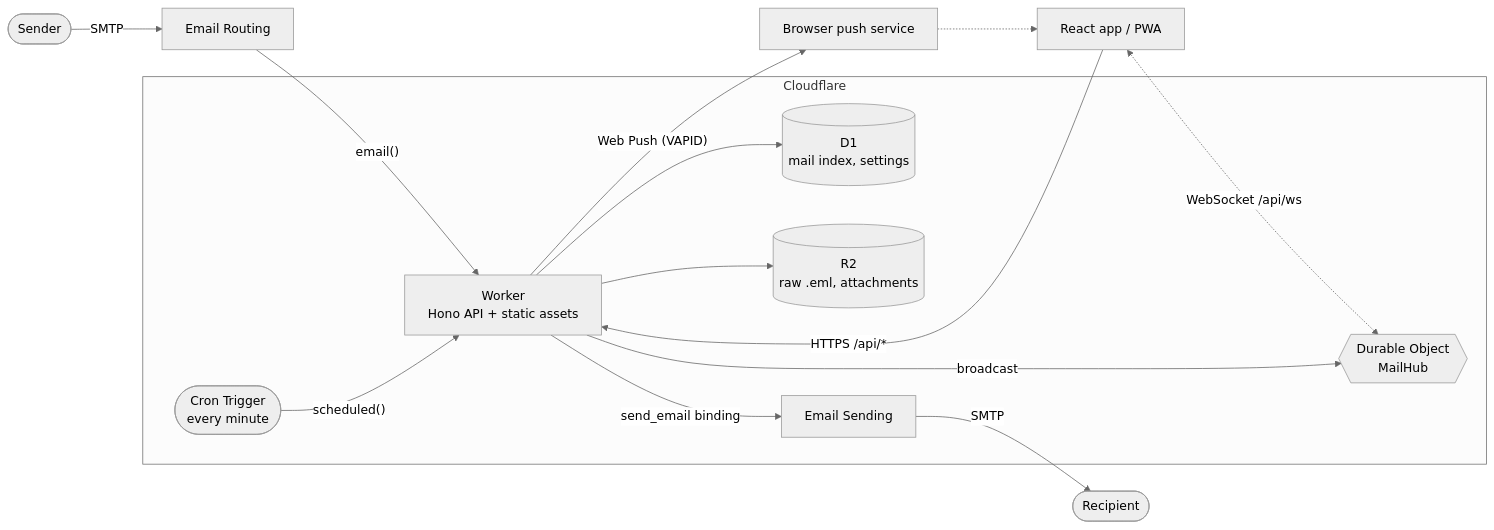
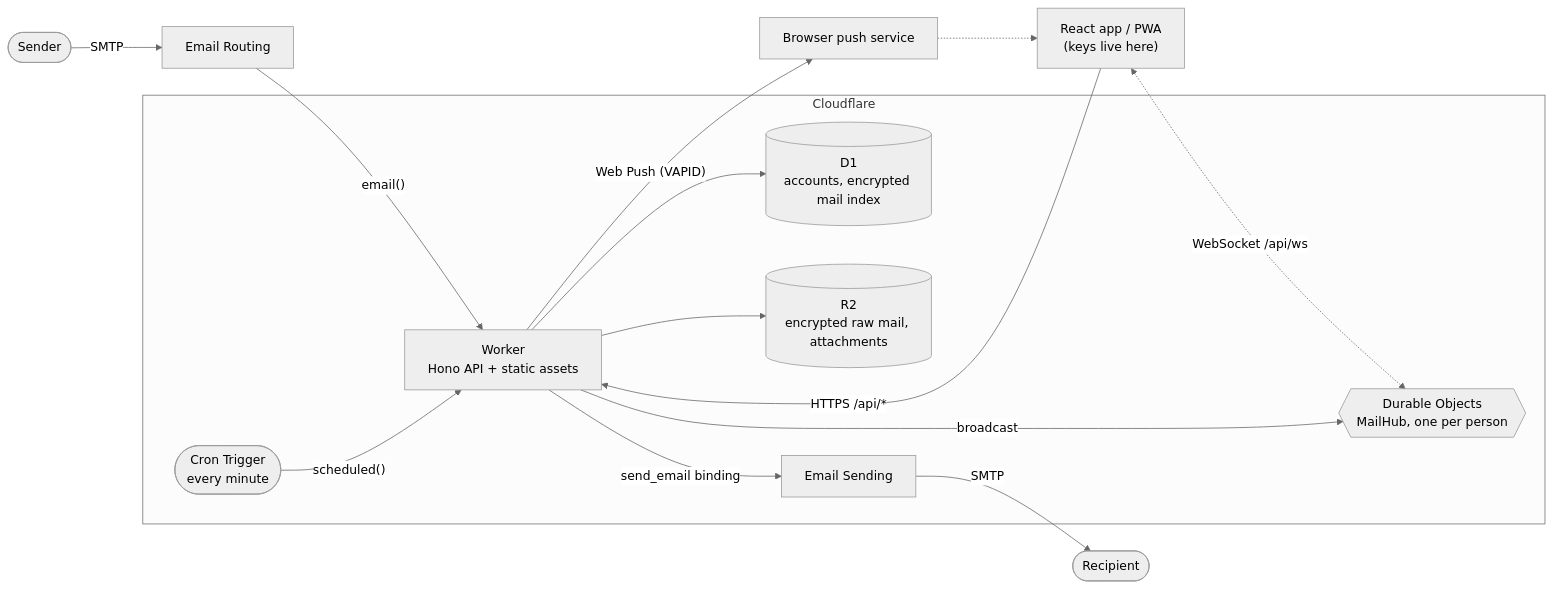
The diagram in docs/architecture.md (NoahDuongMaster/edging-mail), drawn with Mermaid (neutral theme) before and after one commit. The commit also changed other lines of this file and 35 other files, not shown here.

````diff
--- a/docs/architecture.md
+++ b/docs/architecture.md
@@ -5,26 +6,26 @@
 ```mermaid
 flowchart LR
     sender([Sender]) -- SMTP --> routing[Email Routing]
     routing -- "email()" --> worker
 
-    browser["React app / PWA"] -- "HTTPS /api/*" --> worker
+    browser["React app / PWA<br/>(keys live here)"] -- "HTTPS /api/*" --> worker
     browser <-. "WebSocket /api/ws" .-> hub
 
     subgraph cf [Cloudflare]
         worker["Worker<br/>Hono API + static assets"]
-        d1[("D1<br/>mail index, settings")]
-        r2[("R2<br/>raw .eml, attachments")]
-        hub{{"Durable Object<br/>MailHub"}}
+        d1[("D1<br/>accounts, encrypted mail index")]
+        r2[("R2<br/>encrypted raw mail, attachments")]
+        hub{{"Durable Objects<br/>MailHub, one per person"}}
         cron(["Cron Trigger<br/>every minute"])
         sending[Email Sending]
     end
 
     worker --> d1
     worker --> r2
     worker -- broadcast --> hub
     cron -- "scheduled()" --> worker
     worker -- "send_email binding" --> sending
     sending -- SMTP --> recipient([Recipient])
     worker -- "Web Push (VAPID)" --> push["Browser push service"]
     push -.-> browser
 ```
````
